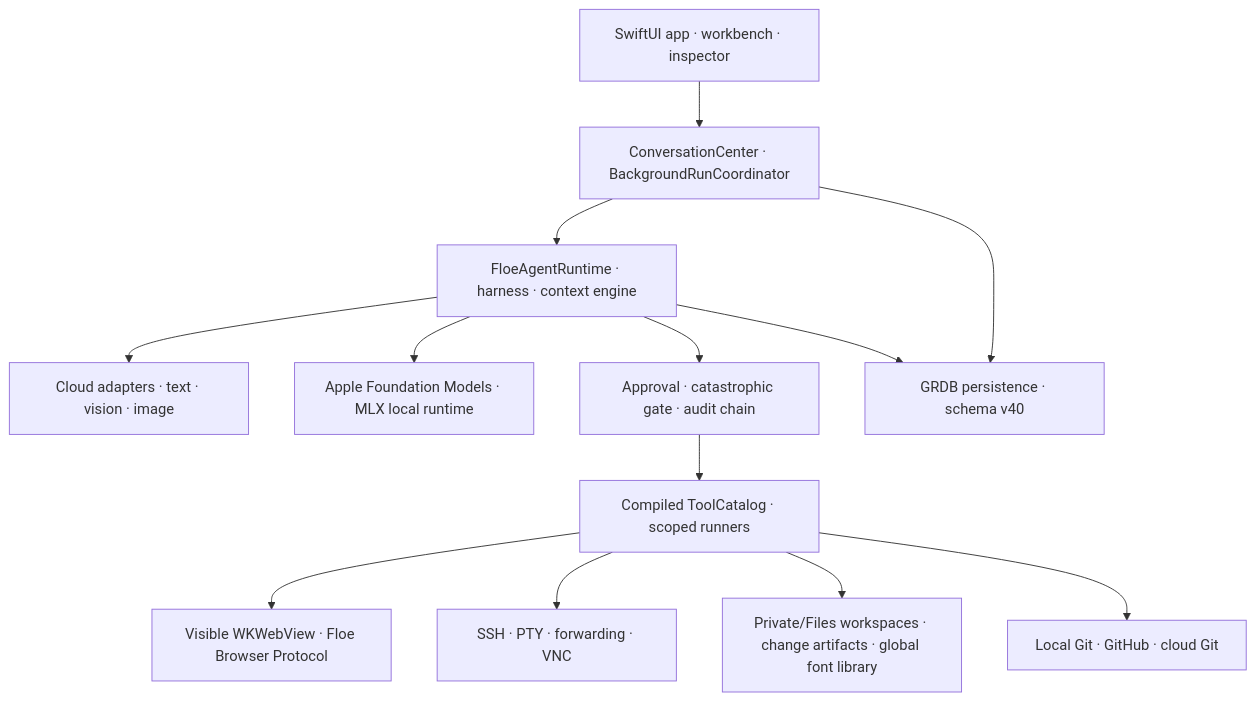
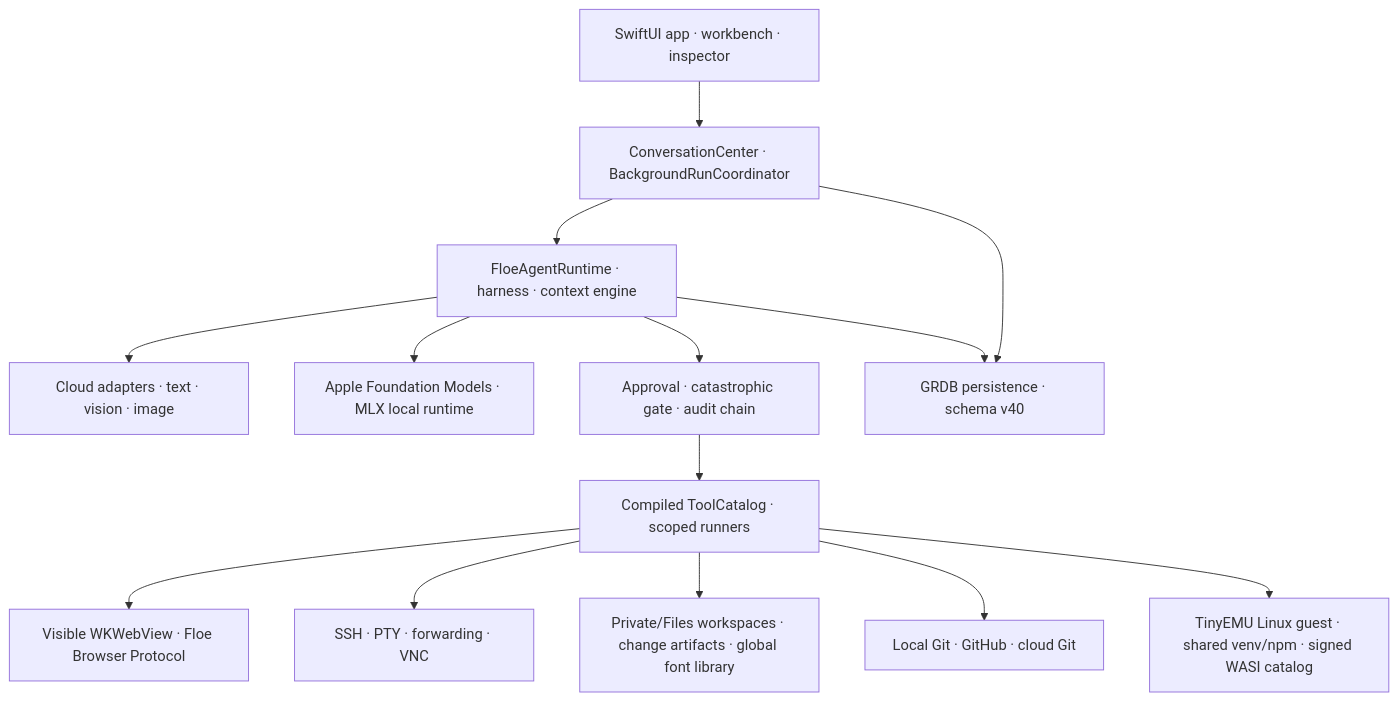
The first of 2 diagrams in docs/ARCHITECTURE_OVERVIEW.md (JiangNanGenius/floe-agent), drawn with Mermaid before and after one commit. The commit also changed other lines of this file and 23 other files, not shown here.

````diff
--- a/docs/ARCHITECTURE_OVERVIEW.md
+++ b/docs/ARCHITECTURE_OVERVIEW.md
@@ -28,28 +28,30 @@
 ```mermaid
 flowchart TB
     UI["SwiftUI app · workbench · inspector"]
     CENTER["ConversationCenter · BackgroundRunCoordinator"]
     RUNTIME["FloeAgentRuntime · harness · context engine"]
     PROVIDERS["Cloud adapters · text · vision · image"]
     LOCAL["Apple Foundation Models · MLX local runtime"]
     TOOLS["Compiled ToolCatalog · scoped runners"]
     PERSIST["GRDB persistence · schema v40"]
     SECURITY["Approval · catastrophic gate · audit chain"]
     BROWSER["Visible WKWebView · Floe Browser Protocol"]
     REMOTE["SSH · PTY · forwarding · VNC"]
     FILES["Private/Files workspaces · change artifacts · global font library"]
     GIT["Local Git · GitHub · cloud Git"]
+    LINUX["TinyEMU Linux guest · shared venv/npm · signed WASI catalog"]
 
     UI --> CENTER
     CENTER --> RUNTIME
     CENTER --> PERSIST
     RUNTIME --> PROVIDERS
     RUNTIME --> LOCAL
     RUNTIME --> SECURITY
     SECURITY --> TOOLS
     TOOLS --> BROWSER
     TOOLS --> REMOTE
     TOOLS --> FILES
     TOOLS --> GIT
+    TOOLS --> LINUX
     RUNTIME --> PERSIST
 ```
````
